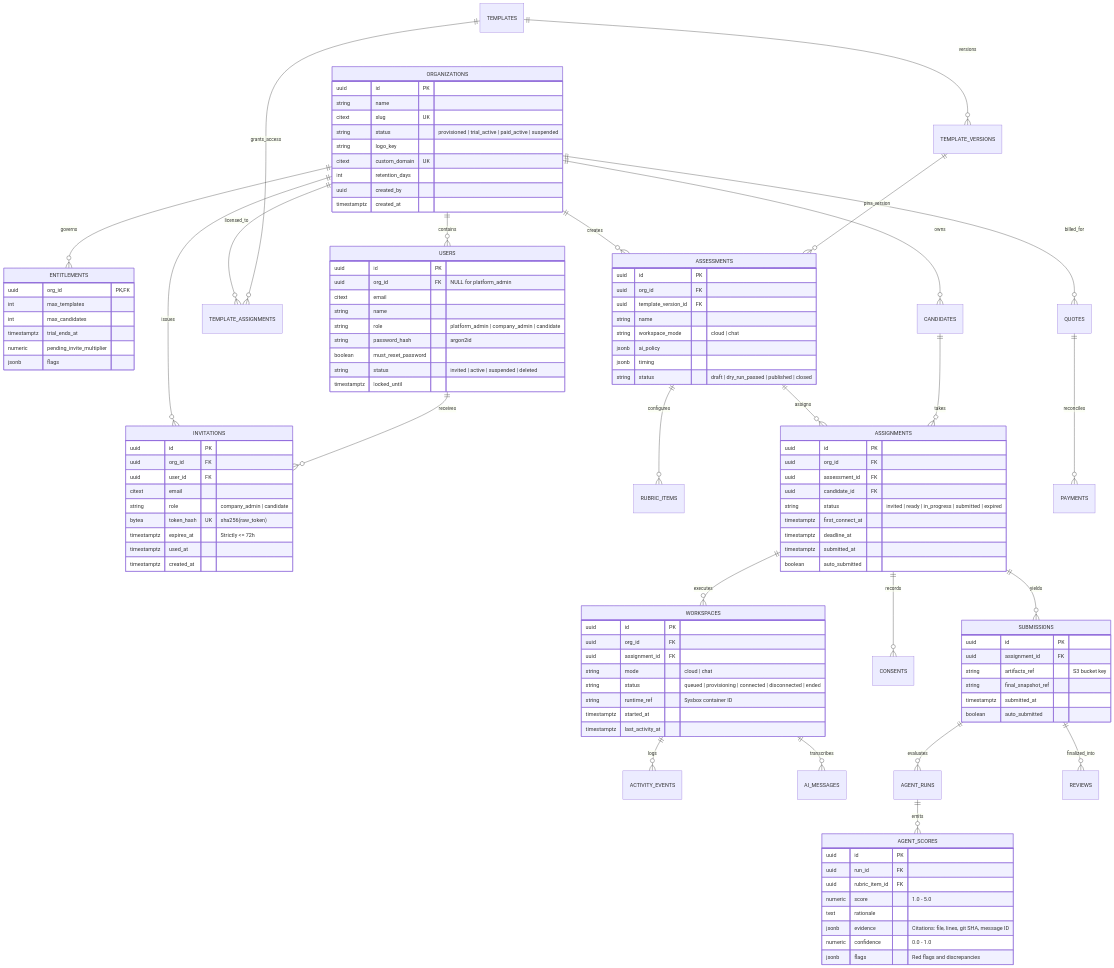
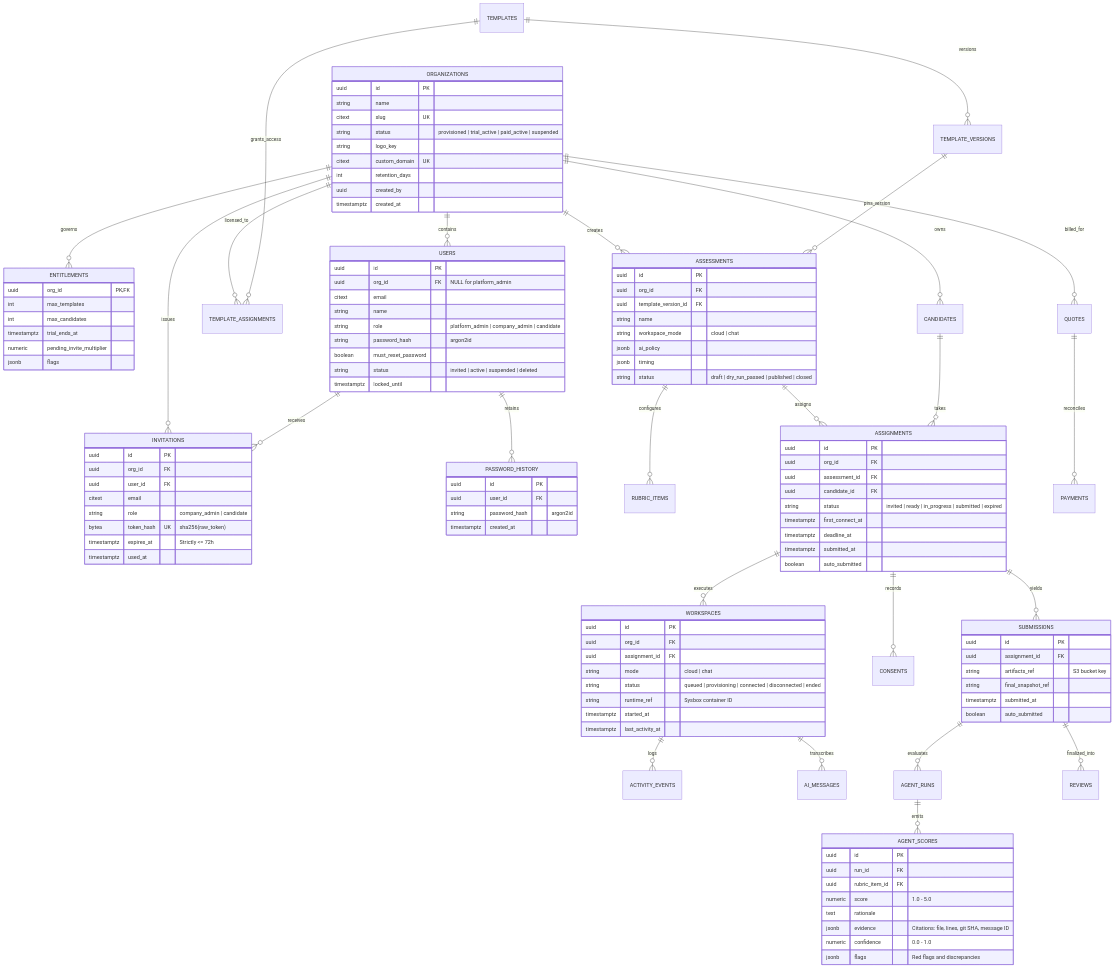
One commit to infinitica-org/hellosmart changed the diagram in apps/docs/content/docs/database/db-visualization.mdx. Above: the diagram before and after it, drawn with Mermaid. The commit also changed 32 other files, not shown here.

First line of the commit message:
feat(S0-T17-1): shared password policy, HIBP breach check, password history & change password

```diff
--- a/apps/docs/content/docs/database/db-visualization.mdx
+++ b/apps/docs/content/docs/database/db-visualization.mdx
@@ -19,6 +19,7 @@
     ORGANIZATIONS ||--o{ USERS : "contains"
     ORGANIZATIONS ||--o{ INVITATIONS : "issues"
     USERS ||--o{ INVITATIONS : "receives"
+    USERS ||--o{ PASSWORD_HISTORY : "retains"
     ORGANIZATIONS ||--o{ TEMPLATE_ASSIGNMENTS : "licensed_to"
     ORGANIZATIONS ||--o{ ASSESSMENTS : "creates"
     ORGANIZATIONS ||--o{ CANDIDATES : "owns"
@@ -88,6 +89,12 @@
         bytea token_hash UK "sha256(raw_token)"
         timestamptz expires_at "Strictly <= 72h"
         timestamptz used_at
+    }
+
+    PASSWORD_HISTORY {
+        uuid id PK
+        uuid user_id FK
+        string password_hash "argon2id"
         timestamptz created_at
     }
 
```
